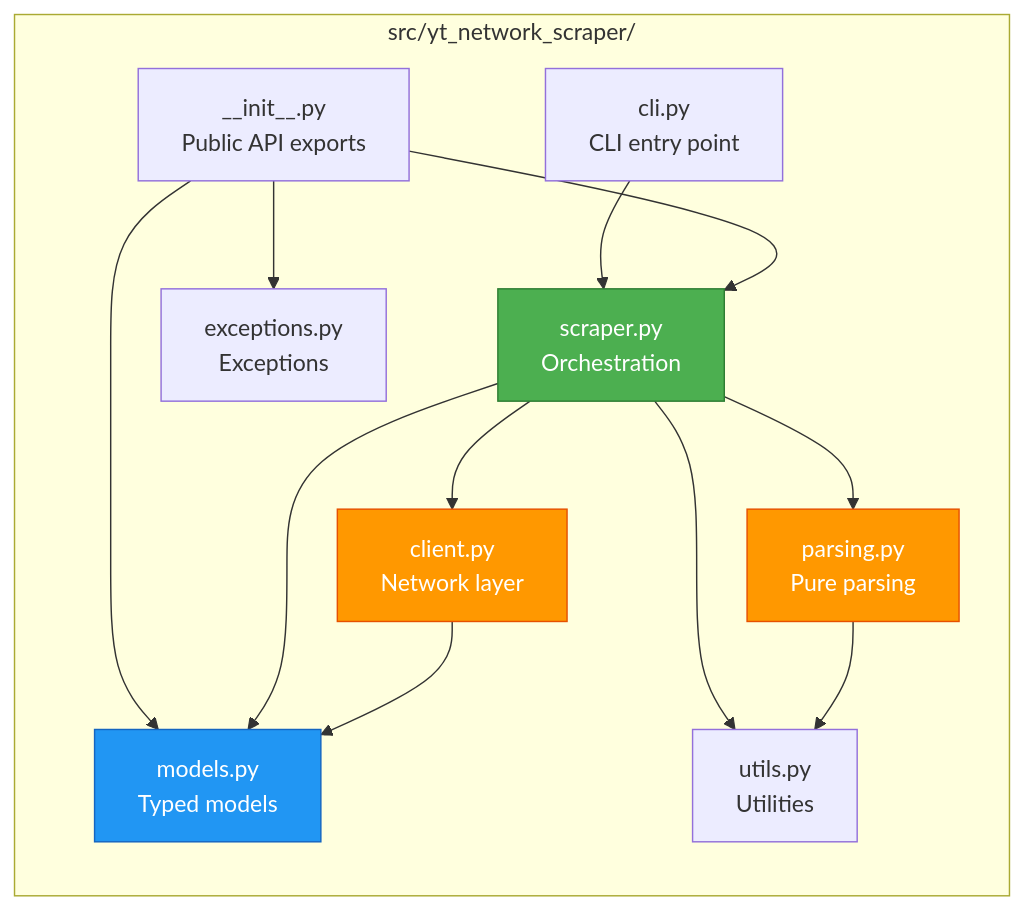
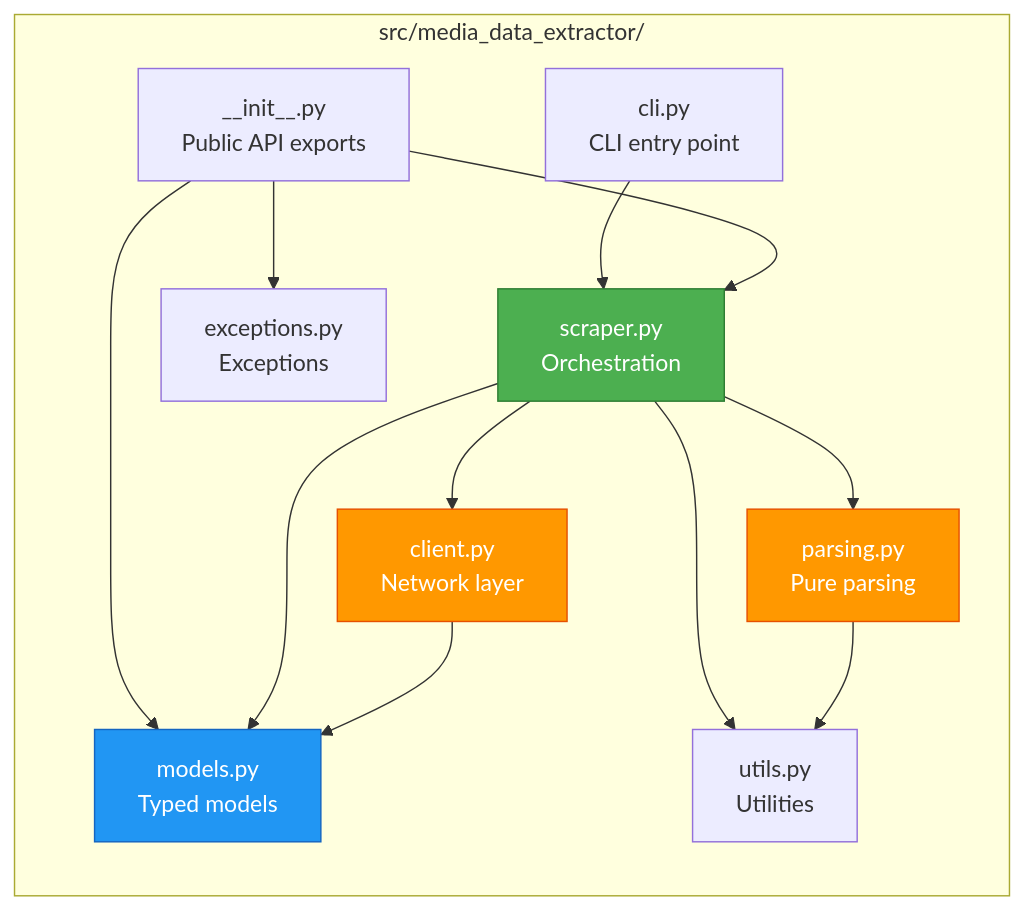
Before and after one commit to DIP-RO/youtube-scrapper: the diagram in docs/images/module-graph.mmd, drawn with Mermaid. The commit also changed 41 other files, not shown here.

First line of the commit message:
v4.0.0: Rename to media-data-extractor with SEO optimization

```diff
--- a/docs/images/module-graph.mmd
+++ b/docs/images/module-graph.mmd
@@ -1,27 +1,27 @@
 flowchart LR
-    subgraph "src/yt_network_scraper/"
+    subgraph "src/media_data_extractor/"
         __init__["__init__.py<br/>Public API exports"]
         cli["cli.py<br/>CLI entry point"]
         scraper["scraper.py<br/>Orchestration"]
         client["client.py<br/>Network layer"]
         parsing["parsing.py<br/>Pure parsing"]
         models["models.py<br/>Typed models"]
         exceptions["exceptions.py<br/>Exceptions"]
         utils["utils.py<br/>Utilities"]
     end
 
     cli --> scraper
     __init__ --> scraper
     __init__ --> models
     __init__ --> exceptions
     scraper --> client
     scraper --> parsing
     scraper --> utils
     scraper --> models
     parsing --> utils
     client --> models
 
     style scraper fill:#4CAF50,stroke:#2E7D32,color:#fff
     style client fill:#FF9800,stroke:#E65100,color:#fff
     style parsing fill:#FF9800,stroke:#E65100,color:#fff
     style models fill:#2196F3,stroke:#1565C0,color:#fff
```
